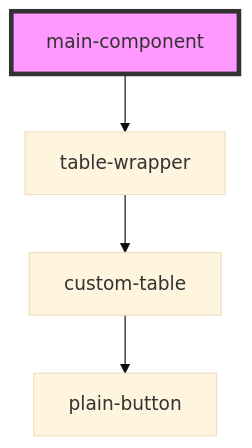
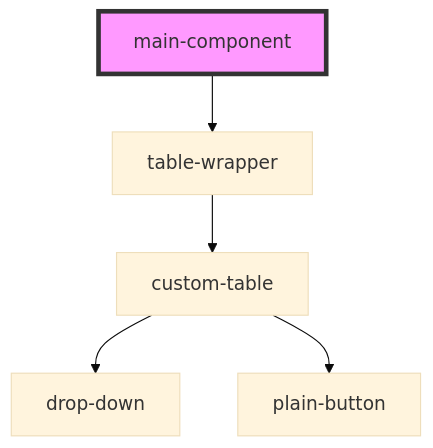
The diagram in src/components/main-component/readme.md (techvariable/NeptuneConnectComponents), drawn with Mermaid (base theme) before and after one commit. The commit also changed 8 other files, not shown here.

````diff
--- a/src/components/main-component/readme.md
+++ b/src/components/main-component/readme.md
@@ -15,7 +15,8 @@
 ```mermaid
 graph TD;
   main-component --> table-wrapper
   table-wrapper --> custom-table
+  custom-table --> drop-down
   custom-table --> plain-button
   style main-component fill:#f9f,stroke:#333,stroke-width:4px
 ```
````
